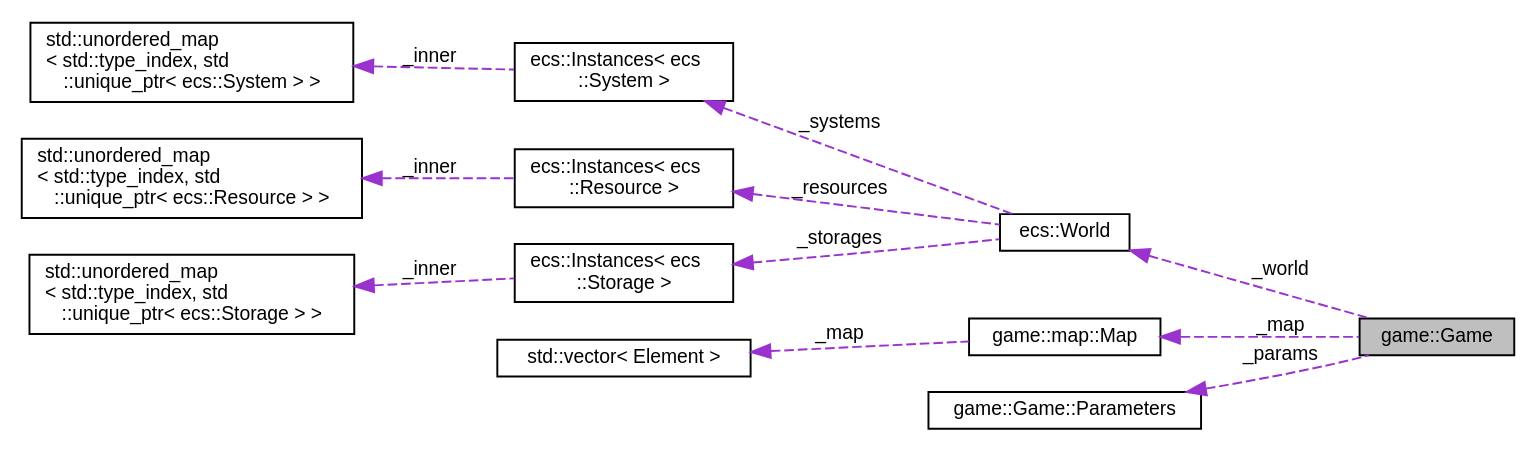
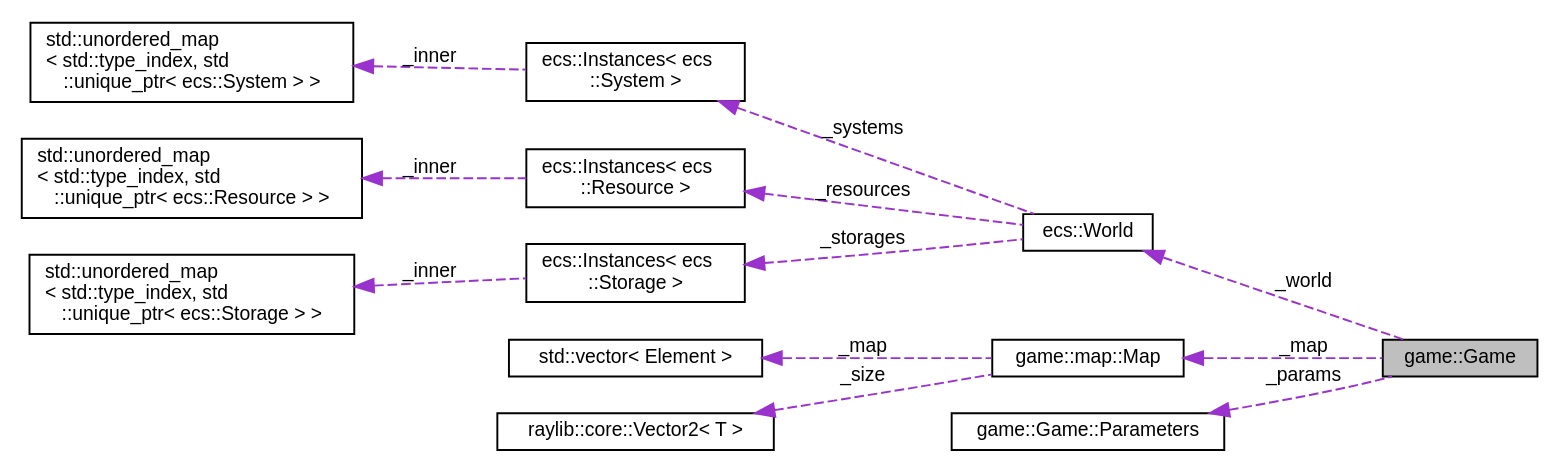
The diagram in classgame_1_1_game__coll__graph.dot (MisterPeModder/Bomberman-Global-Offensive), drawn with Graphviz before and after one commit. The commit also changed 225 other files, not shown here.

```diff
--- a/classgame_1_1_game__coll__graph.dot
+++ b/classgame_1_1_game__coll__graph.dot
@@ -1,28 +1,30 @@
 digraph "game::Game"
 {
  // LATEX_PDF_SIZE
   edge [fontname="Helvetica",fontsize="10",labelfontname="Helvetica",labelfontsize="10"];
   node [fontname="Helvetica",fontsize="10",shape=record];
   rankdir="LR";
   Node1 [label="game::Game",height=0.2,width=0.4,color="black", fillcolor="grey75", style="filled", fontcolor="black",tooltip="Game class."];
   Node2 -> Node1 [dir="back",color="darkorchid3",fontsize="10",style="dashed",label=" _world" ,fontname="Helvetica"];
   Node2 [label="ecs::World",height=0.2,width=0.4,color="black", fillcolor="white", style="filled",URL="$classecs_1_1_world.html",tooltip="Contains all entities and systems."];
   Node3 -> Node2 [dir="back",color="darkorchid3",fontsize="10",style="dashed",label=" _systems" ,fontname="Helvetica"];
   Node3 [label="ecs::Instances\< ecs\l::System \>",height=0.2,width=0.4,color="black", fillcolor="white", style="filled",URL="$classecs_1_1_instances.html",tooltip=" "];
   Node4 -> Node3 [dir="back",color="darkorchid3",fontsize="10",style="dashed",label=" _inner" ,fontname="Helvetica"];
   Node4 [label="std::unordered_map\l\< std::type_index, std\l::unique_ptr\< ecs::System \> \>",height=0.2,width=0.4,color="black", fillcolor="white", style="filled",URL="/home/runner/work/Bomberman-Global-Offensive/Bomberman-Global-Offensive/doc/external/cppreference-doxygen-web.tag.xml$cpp/container/unordered_map.html",tooltip=" "];
   Node5 -> Node2 [dir="back",color="darkorchid3",fontsize="10",style="dashed",label=" _resources" ,fontname="Helvetica"];
   Node5 [label="ecs::Instances\< ecs\l::Resource \>",height=0.2,width=0.4,color="black", fillcolor="white", style="filled",URL="$classecs_1_1_instances.html",tooltip=" "];
   Node6 -> Node5 [dir="back",color="darkorchid3",fontsize="10",style="dashed",label=" _inner" ,fontname="Helvetica"];
   Node6 [label="std::unordered_map\l\< std::type_index, std\l::unique_ptr\< ecs::Resource \> \>",height=0.2,width=0.4,color="black", fillcolor="white", style="filled",URL="/home/runner/work/Bomberman-Global-Offensive/Bomberman-Global-Offensive/doc/external/cppreference-doxygen-web.tag.xml$cpp/container/unordered_map.html",tooltip=" "];
   Node7 -> Node2 [dir="back",color="darkorchid3",fontsize="10",style="dashed",label=" _storages" ,fontname="Helvetica"];
   Node7 [label="ecs::Instances\< ecs\l::Storage \>",height=0.2,width=0.4,color="black", fillcolor="white", style="filled",URL="$classecs_1_1_instances.html",tooltip=" "];
   Node8 -> Node7 [dir="back",color="darkorchid3",fontsize="10",style="dashed",label=" _inner" ,fontname="Helvetica"];
   Node8 [label="std::unordered_map\l\< std::type_index, std\l::unique_ptr\< ecs::Storage \> \>",height=0.2,width=0.4,color="black", fillcolor="white", style="filled",URL="/home/runner/work/Bomberman-Global-Offensive/Bomberman-Global-Offensive/doc/external/cppreference-doxygen-web.tag.xml$cpp/container/unordered_map.html",tooltip=" "];
   Node9 -> Node1 [dir="back",color="darkorchid3",fontsize="10",style="dashed",label=" _map" ,fontname="Helvetica"];
   Node9 [label="game::map::Map",height=0.2,width=0.4,color="black", fillcolor="white", style="filled",URL="$classgame_1_1map_1_1_map.html",tooltip="Bomberman Map."];
   Node10 -> Node9 [dir="back",color="darkorchid3",fontsize="10",style="dashed",label=" _map" ,fontname="Helvetica"];
   Node10 [label="std::vector\< Element \>",height=0.2,width=0.4,color="black", fillcolor="white", style="filled",URL="/home/runner/work/Bomberman-Global-Offensive/Bomberman-Global-Offensive/doc/external/cppreference-doxygen-web.tag.xml$cpp/container/vector.html",tooltip=" "];
-  Node11 -> Node1 [dir="back",color="darkorchid3",fontsize="10",style="dashed",label=" _params" ,fontname="Helvetica"];
-  Node11 [label="game::Game::Parameters",height=0.2,width=0.4,color="black", fillcolor="white", style="filled",URL="$structgame_1_1_game_1_1_parameters.html",tooltip="Game parameters."];
+  Node11 -> Node9 [dir="back",color="darkorchid3",fontsize="10",style="dashed",label=" _size" ,fontname="Helvetica"];
+  Node11 [label="raylib::core::Vector2\< T \>",height=0.2,width=0.4,color="black", fillcolor="white", style="filled",URL="$structraylib_1_1core_1_1_vector2.html",tooltip="The Vector2 struct (compatible with the raylib Vector2)"];
+  Node12 -> Node1 [dir="back",color="darkorchid3",fontsize="10",style="dashed",label=" _params" ,fontname="Helvetica"];
+  Node12 [label="game::Game::Parameters",height=0.2,width=0.4,color="black", fillcolor="white", style="filled",URL="$structgame_1_1_game_1_1_parameters.html",tooltip="Game parameters."];
 }
```
